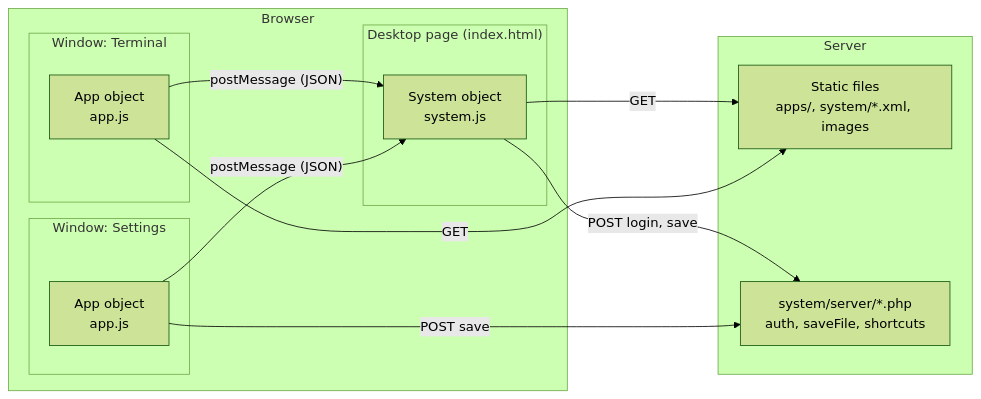
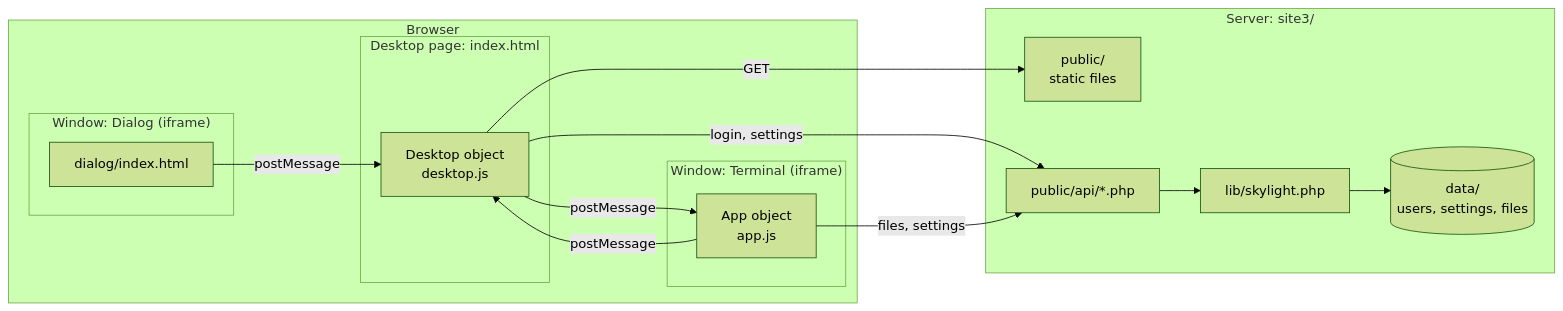
One commit to rwarouw00/peer-os changed the first of 3 diagrams in wiki3/architecture.md. Above: the diagram before and after it, drawn with Mermaid (forest theme). The commit also changed other lines of this file and 83 other files, not shown here.

First line of the commit message:
Add site3, a restructured Skylight OS, and rebuild wiki3 for it

````diff
--- a/wiki3/architecture.md
+++ b/wiki3/architecture.md
@@ -11,24 +5,27 @@
 ```mermaid
 flowchart LR
     subgraph Browser
-        subgraph Desktop["Desktop page (index.html)"]
-            System["System object<br/>system.js"]
+        subgraph Page["Desktop page: index.html"]
+            Desktop["Desktop object<br/>desktop.js"]
         end
-        subgraph W1["Window: Terminal"]
-            A1["App object<br/>app.js"]
+        subgraph W1["Window: Terminal (iframe)"]
+            App1["App object<br/>app.js"]
         end
-        subgraph W2["Window: Settings"]
-            A2["App object<br/>app.js"]
+        subgraph W2["Window: Dialog (iframe)"]
+            Dlg["dialog/index.html"]
         end
-        A1 -- "postMessage (JSON)" --> System
-        A2 -- "postMessage (JSON)" --> System
+        App1 -- "postMessage" --> Desktop
+        Desktop -- "postMessage" --> App1
+        Dlg -- "postMessage" --> Desktop
     end
-    subgraph Server
-        Files["Static files<br/>apps/, system/*.xml, images"]
-        PHP["system/server/*.php<br/>auth, saveFile, shortcuts"]
+    subgraph Server["Server: site3/"]
+        Public["public/<br/>static files"]
+        Api["public/api/*.php"]
+        Lib["lib/skylight.php"]
+        Data[("data/<br/>users, settings, files")]
+        Api --> Lib --> Data
     end
-    System -- "GET" --> Files
-    A1 -- "GET" --> Files
-    System -- "POST login, save" --> PHP
-    A2 -- "POST save" --> PHP
+    Desktop -- "GET" --> Public
+    Desktop -- "login, settings" --> Api
+    App1 -- "files, settings" --> Api
 ```
````
